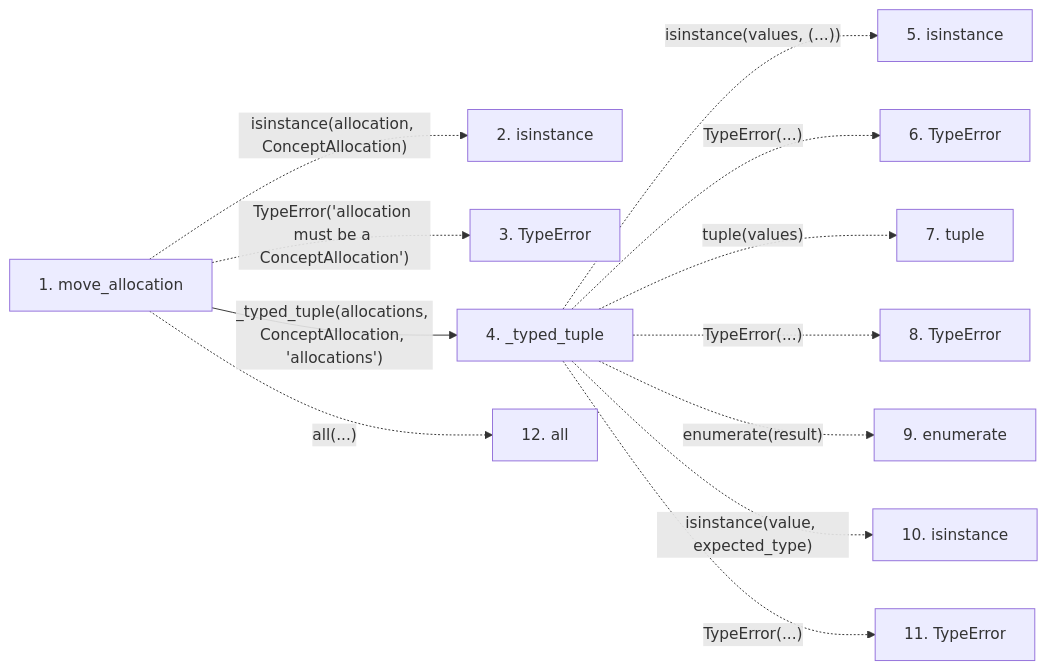
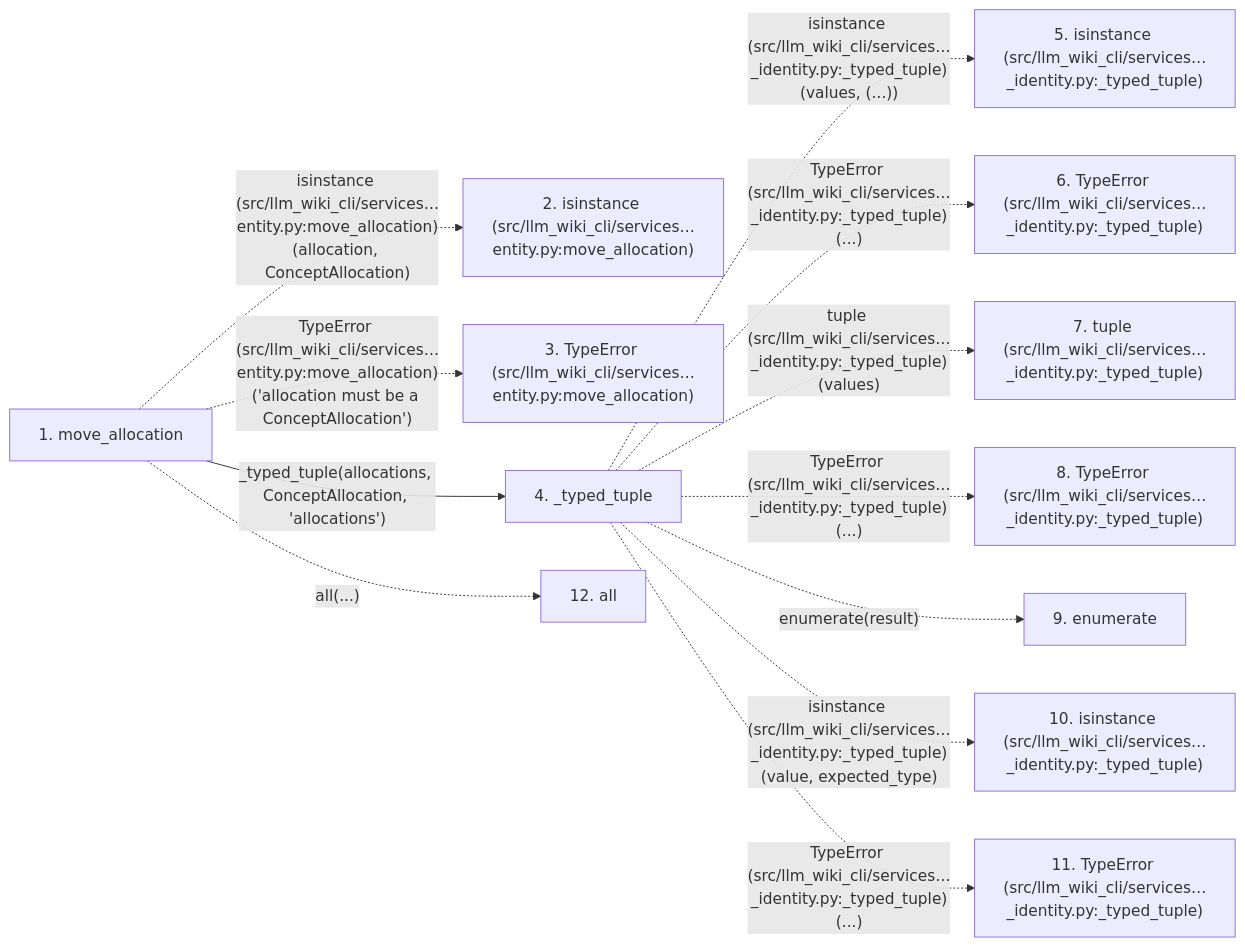
Before and after one commit to Denissvgn/python-wiki-llm: the second of 2 diagrams in docs/llm_wiki/flows/api-move_allocation.md, drawn with Mermaid. The commit also changed other lines of this file and 719 other files, not shown here.

````diff
--- a/docs/llm_wiki/flows/api-move_allocation.md
+++ b/docs/llm_wiki/flows/api-move_allocation.md
@@ -67,28 +72,28 @@
 ```mermaid
 flowchart LR
     s1["1. move_allocation"]
-    s2["2. isinstance"]
-    s3["3. TypeError"]
+    s2["2. isinstance (src/llm_wiki_cli/services…entity.py:move_allocation)"]
+    s3["3. TypeError (src/llm_wiki_cli/services…entity.py:move_allocation)"]
     s4["4. _typed_tuple"]
-    s5["5. isinstance"]
-    s6["6. TypeError"]
-    s7["7. tuple"]
-    s8["8. TypeError"]
+    s5["5. isinstance (src/llm_wiki_cli/services…_identity.py:_typed_tuple)"]
+    s6["6. TypeError (src/llm_wiki_cli/services…_identity.py:_typed_tuple)"]
+    s7["7. tuple (src/llm_wiki_cli/services…_identity.py:_typed_tuple)"]
+    s8["8. TypeError (src/llm_wiki_cli/services…_identity.py:_typed_tuple)"]
     s9["9. enumerate"]
-    s10["10. isinstance"]
-    s11["11. TypeError"]
+    s10["10. isinstance (src/llm_wiki_cli/services…_identity.py:_typed_tuple)"]
+    s11["11. TypeError (src/llm_wiki_cli/services…_identity.py:_typed_tuple)"]
     s12["12. all"]
-    s1 -. "isinstance(allocation, ConceptAllocation)" .-> s2
-    s1 -. "TypeError('allocation must be a ConceptAllocation')" .-> s3
+    s1 -. "isinstance (src/llm_wiki_cli/services…entity.py:move_allocation)(allocation, ConceptAllocation)" .-> s2
+    s1 -. "TypeError (src/llm_wiki_cli/services…entity.py:move_allocation)('allocation must be a ConceptAllocation')" .-> s3
     s1 -->|"_typed_tuple(allocations, ConceptAllocation, 'allocations')"| s4
-    s4 -. "isinstance(values, (...))" .-> s5
-    s4 -. "TypeError(...)" .-> s6
-    s4 -. "tuple(values)" .-> s7
-    s4 -. "TypeError(...)" .-> s8
+    s4 -. "isinstance (src/llm_wiki_cli/services…_identity.py:_typed_tuple)(values, (...))" .-> s5
+    s4 -. "TypeError (src/llm_wiki_cli/services…_identity.py:_typed_tuple)(...)" .-> s6
+    s4 -. "tuple (src/llm_wiki_cli/services…_identity.py:_typed_tuple)(values)" .-> s7
+    s4 -. "TypeError (src/llm_wiki_cli/services…_identity.py:_typed_tuple)(...)" .-> s8
     s4 -. "enumerate(result)" .-> s9
-    s4 -. "isinstance(value, expected_type)" .-> s10
-    s4 -. "TypeError(...)" .-> s11
+    s4 -. "isinstance (src/llm_wiki_cli/services…_identity.py:_typed_tuple)(value, expected_type)" .-> s10
+    s4 -. "TypeError (src/llm_wiki_cli/services…_identity.py:_typed_tuple)(...)" .-> s11
     s1 -. "all(...)" .-> s12
     click s1 "../modules/concept_identity.md"
     click s4 "../modules/concept_identity.md"
 ```
````
